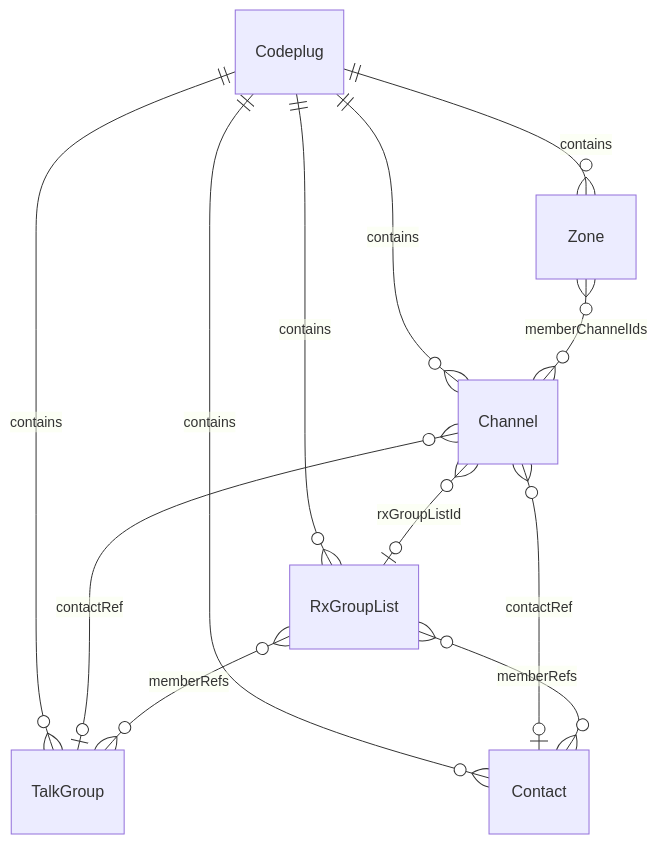
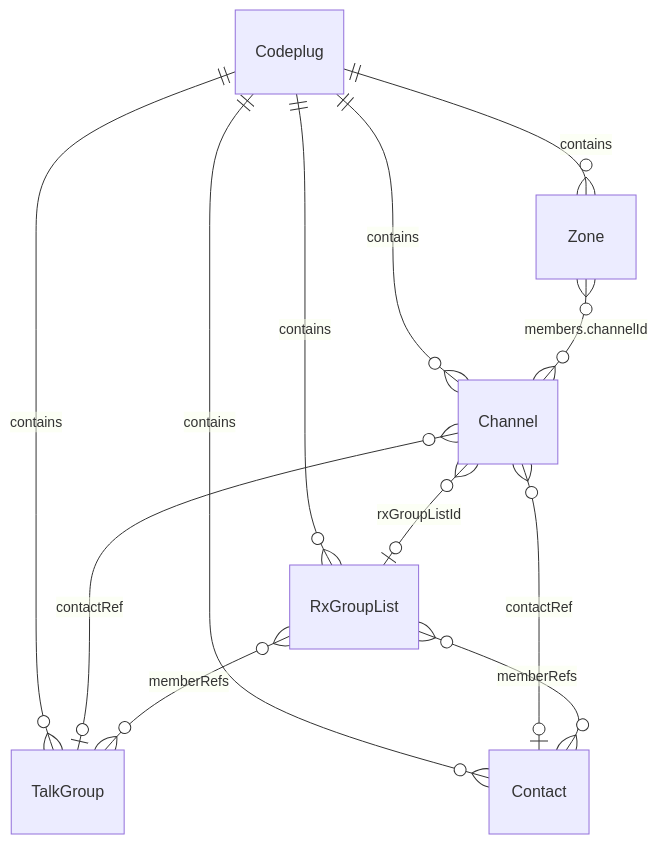
Before and after one commit to pskillen/opengd77-map: the first of 2 diagrams in docs/features/data-model/README.md, drawn with Mermaid. The commit also changed other lines of this file and 9 other files, not shown here.

First line of the commit message:
docs: zone-derived scan lists and scratch channel export

````diff
--- a/docs/features/data-model/README.md
+++ b/docs/features/data-model/README.md
@@ -13,14 +13,14 @@
 ```mermaid
 erDiagram
   Codeplug ||--o{ Channel : contains
   Codeplug ||--o{ Zone : contains
   Codeplug ||--o{ TalkGroup : contains
   Codeplug ||--o{ RxGroupList : contains
   Codeplug ||--o{ Contact : contains
-  Zone }o--o{ Channel : "memberChannelIds"
+  Zone }o--o{ Channel : "members.channelId"
   Channel }o--o| TalkGroup : "contactRef"
   Channel }o--o| Contact : "contactRef"
   Channel }o--o| RxGroupList : "rxGroupListId"
   RxGroupList }o--o{ TalkGroup : "memberRefs"
   RxGroupList }o--o{ Contact : "memberRefs"
 ```
````
